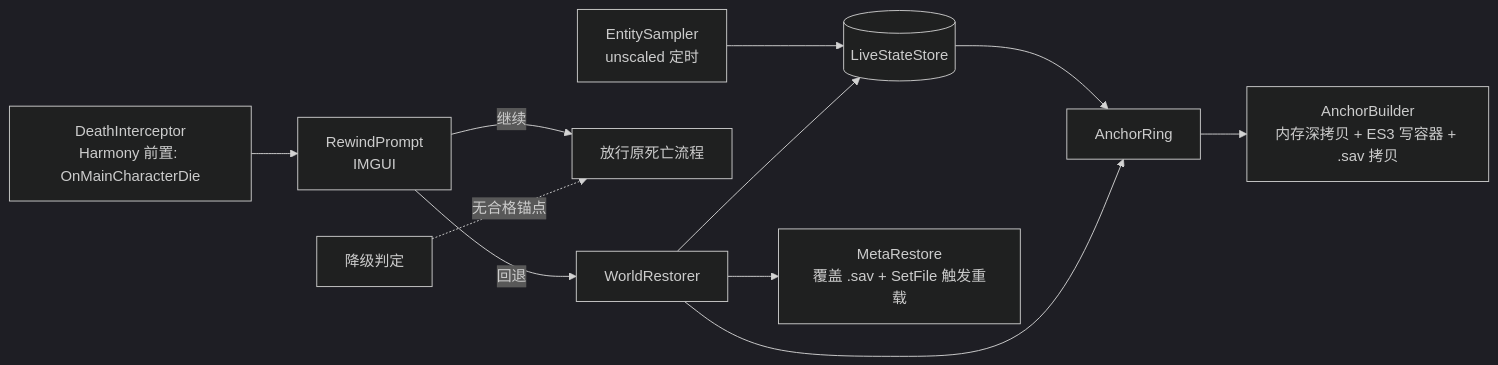
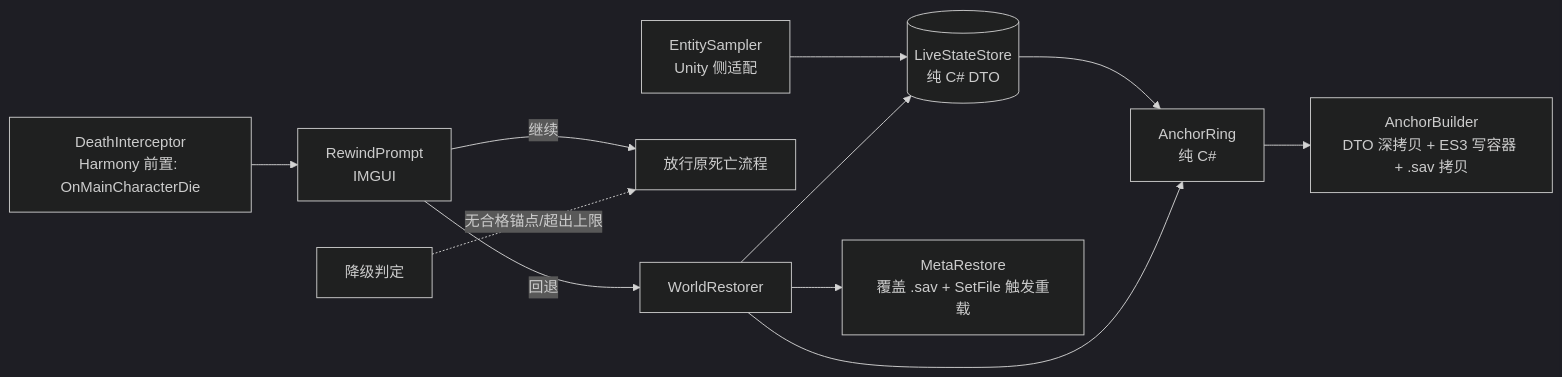
One commit to GadgetSheng/duckov-mod-death-rewind changed the diagram in docs/superpowers/specs/2026-10-20-death-rewind-design.md. Above: the diagram before and after it, drawn with Mermaid (dark theme). The commit also changed other lines of this file, not shown here.

Commit message:
docs: 第 3 版设计文档（已消耗集合+回退上限、阶段 E 原子性与反向复位、元系统二次重载、纯 C# DTO 边界、放行机制、采样覆盖停用敌人、验证补强）

````diff
--- a/docs/superpowers/specs/2026-10-20-death-rewind-design.md
+++ b/docs/superpowers/specs/2026-10-20-death-rewind-design.md
@@ -64,13 +68,13 @@
 ```mermaid
 flowchart LR
   D[DeathInterceptor<br/>Harmony 前置: OnMainCharacterDie] --> U[RewindPrompt<br/>IMGUI]
   U -->|回退| R[WorldRestorer]
   U -->|继续| P[放行原死亡流程]
-  S[EntitySampler<br/>unscaled 定时] --> W[(LiveStateStore)]
-  W --> A[AnchorRing]
-  A --> B[AnchorBuilder<br/>内存深拷贝 + ES3 写容器 + .sav 拷贝]
+  S[EntitySampler<br/>Unity 侧适配] --> W[(LiveStateStore<br/>纯 C# DTO)]
+  W --> A[AnchorRing<br/>纯 C#]
+  A --> B[AnchorBuilder<br/>DTO 深拷贝 + ES3 写容器 + .sav 拷贝]
   R --> A
   R --> W
   R --> FS[MetaRestore<br/>覆盖 .sav + SetFile 触发重载]
-  C[降级判定] -.无合格锚点.-> P
+  C[降级判定] -.无合格锚点/超出上限.-> P
 ```
````
